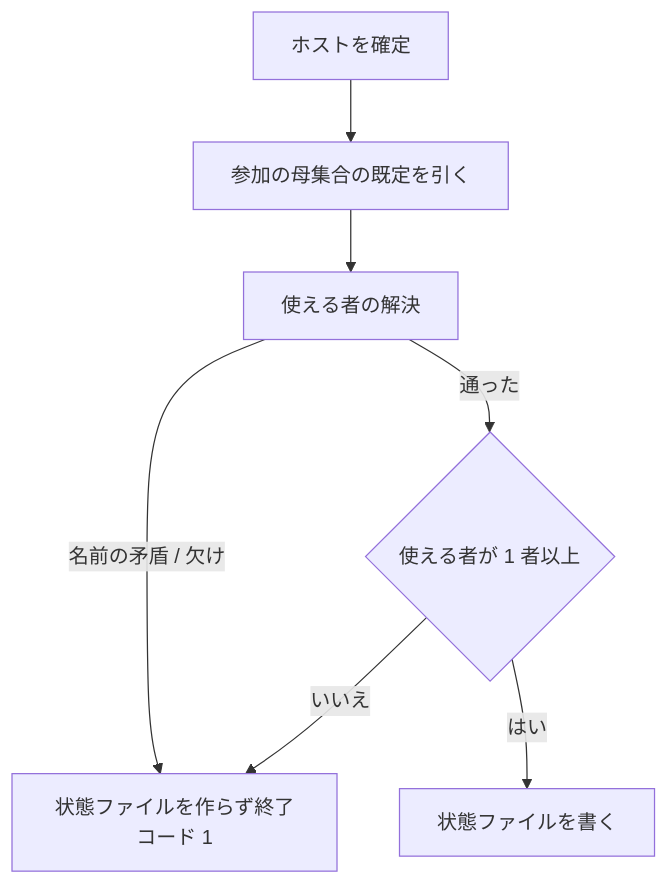
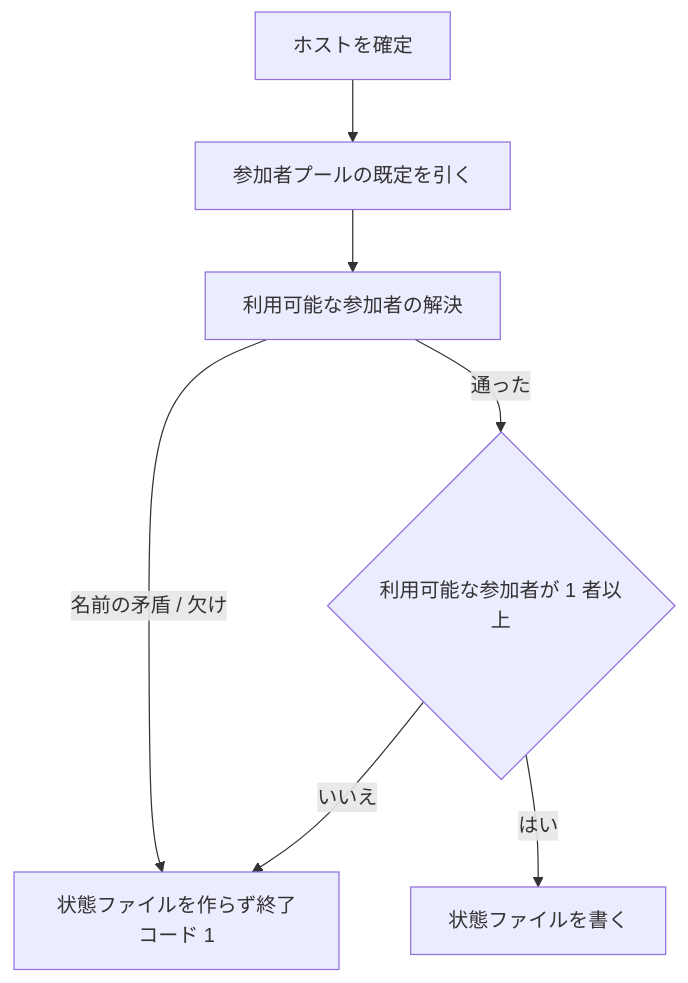
One commit to devbasex/ai-plugins changed the second of 3 diagrams in docs/specifications/cross-review-participants-and-seats.md. Above: the diagram before and after it, drawn with Mermaid. The commit also changed other lines of this file and 1 other file, not shown here.

````diff
--- a/docs/specifications/cross-review-participants-and-seats.md
+++ b/docs/specifications/cross-review-participants-and-seats.md
@@ -191,9 +191,9 @@
 ```mermaid
 graph TD
-    H[ホストを確定] --> P[参加の母集合の既定を引く]
-    P --> RP[使える者の解決]
+    H[ホストを確定] --> P[参加者プールの既定を引く]
+    P --> RP[利用可能な参加者の解決]
     RP -->|名前の矛盾 / 欠け| F[状態ファイルを作らず終了コード 1]
-    RP -->|通った| N{使える者が 1 者以上}
+    RP -->|通った| N{利用可能な参加者が 1 者以上}
     N -->|はい| W[状態ファイルを書く]
     N -->|いいえ| F
 ```
````
